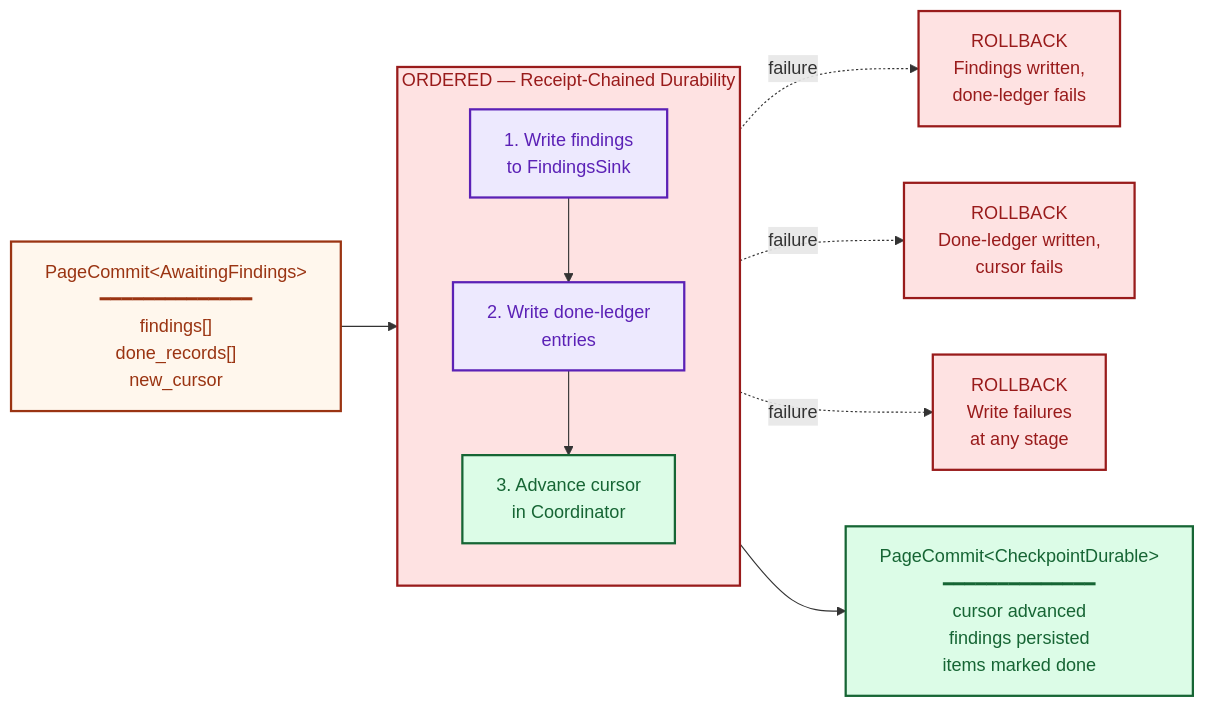
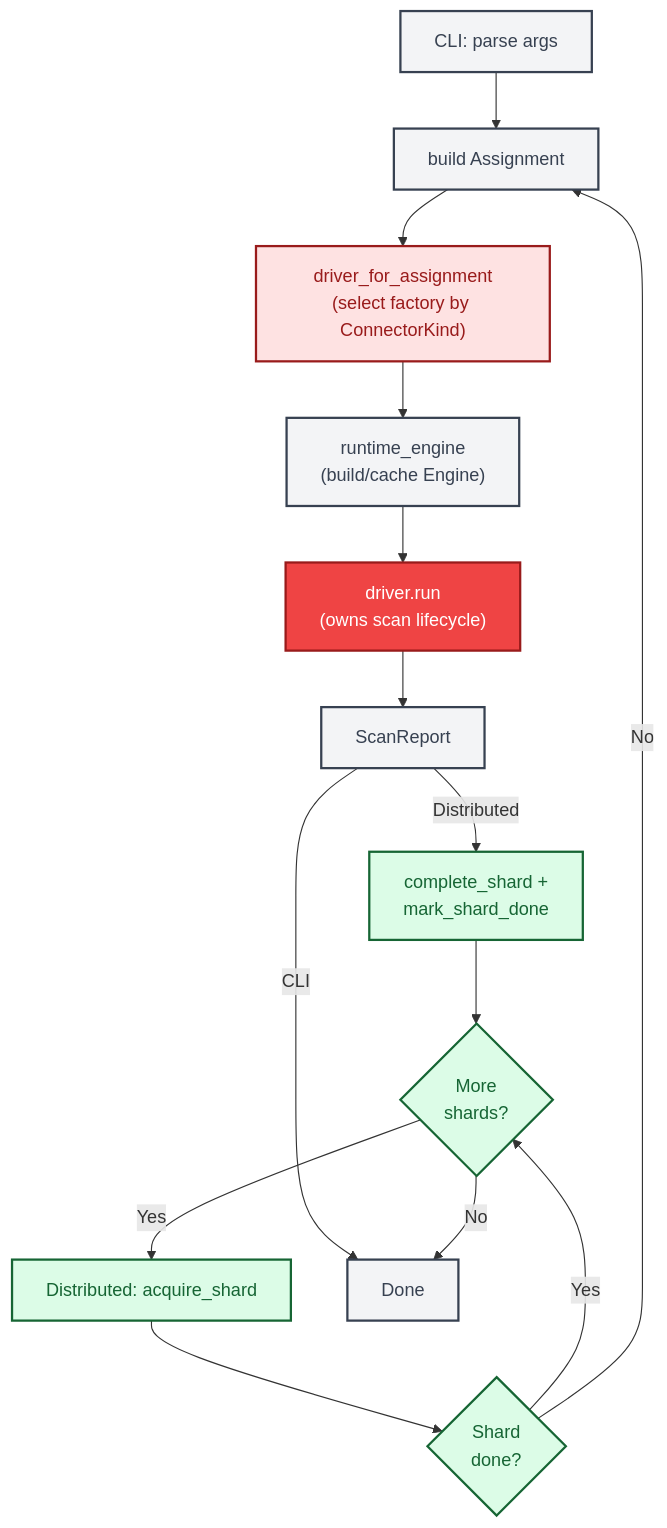
One commit to ahrav/Gossip-rs changed the fourth of 4 diagrams in diagrams/04-end-to-end-scan-flow.md. Above: the diagram before and after it, drawn with Mermaid. The commit also changed other lines of this file and 8 other files, not shown here.

First line of the commit message:
Refactor end-to-end scan flow doc to driver architecture

````diff
--- a/diagrams/04-end-to-end-scan-flow.md
+++ b/diagrams/04-end-to-end-scan-flow.md
@@ -269,36 +215,41 @@
 ```mermaid
-%% Diagram: atomic-commit-boundary
-graph LR
-    INPUT["PageCommit&lt;AwaitingFindings&gt;<br/>━━━━━━━━━━━━━━<br/>findings[]<br/>done_records[]<br/>new_cursor"]
+%% Diagram: simplified-scan-overview-flowchart
+graph TD
+    A["CLI: parse args"]
+    B["Distributed: acquire_shard"]
+    C{"Shard<br/>done?"}
+    D["build Assignment"]
+    E["driver_for_assignment<br/>(select factory by ConnectorKind)"]
+    F["runtime_engine<br/>(build/cache Engine)"]
+    G["driver.run<br/>(owns scan lifecycle)"]
+    H["ScanReport"]
+    I["complete_shard +<br/>mark_shard_done"]
+    J{"More<br/>shards?"}
+    K["Done"]
 
-    subgraph TX ["ORDERED — Receipt-Chained Durability"]
-        direction TB
-        S1["1. Write findings<br/>to FindingsSink"]
-        S2["2. Write done-ledger<br/>entries"]
-        S3["3. Advance cursor<br/>in Coordinator"]
-        S1 --> S2 --> S3
-    end
+    A --> D
+    B --> C
+    C -- "Yes" --> J
+    C -- "No" --> D
+    D --> E
+    E --> F
+    F --> G
+    G --> H
+    H -->|CLI| K
+    H -->|Distributed| I
+    I --> J
+    J -- "Yes" --> B
+    J -- "No" --> K
 
-    OUTPUT["PageCommit&lt;CheckpointDurable&gt;<br/>━━━━━━━━━━━━━━<br/>cursor advanced<br/>findings persisted<br/>items marked done"]
-
-    INPUT --> TX
-    TX --> OUTPUT
-
-    F1["ROLLBACK<br/>Findings written,<br/>done-ledger fails"]
-    F2["ROLLBACK<br/>Done-ledger written,<br/>cursor fails"]
-    F3["ROLLBACK<br/>Write failures<br/>at any stage"]
-
-    S1 -.->|"failure"| F1
-    S2 -.->|"failure"| F2
-    S3 -.->|"failure"| F3
-
-    style INPUT fill:#FFF7ED,stroke:#9A3412,stroke-width:2px,color:#9A3412
-    style OUTPUT fill:#DCFCE7,stroke:#166534,stroke-width:2px,color:#166534
-    style TX fill:#FEE2E2,stroke:#991B1B,stroke-width:2px,color:#991B1B
-    style S1 fill:#EDE9FE,stroke:#5B21B6,stroke-width:2px,color:#5B21B6
-    style S2 fill:#EDE9FE,stroke:#5B21B6,stroke-width:2px,color:#5B21B6
-    style S3 fill:#DCFCE7,stroke:#166534,stroke-width:2px,color:#166534
-    style F1 fill:#FEE2E2,stroke:#991B1B,stroke-width:2px,color:#991B1B
-    style F2 fill:#FEE2E2,stroke:#991B1B,stroke-width:2px,color:#991B1B
-    style F3 fill:#FEE2E2,stroke:#991B1B,stroke-width:2px,color:#991B1B
+    style A fill:#F3F4F6,stroke:#374151,stroke-width:2px,color:#374151
+    style B fill:#DCFCE7,stroke:#166534,stroke-width:2px,color:#166534
+    style C fill:#DCFCE7,stroke:#166534,stroke-width:2px,color:#166534
+    style D fill:#F3F4F6,stroke:#374151,stroke-width:2px,color:#374151
+    style E fill:#FEE2E2,stroke:#991B1B,stroke-width:2px,color:#991B1B
+    style F fill:#F3F4F6,stroke:#374151,stroke-width:2px,color:#374151
+    style G fill:#EF4444,stroke:#991B1B,stroke-width:2px,color:#FFFFFF
+    style H fill:#F3F4F6,stroke:#374151,stroke-width:2px,color:#374151
+    style I fill:#DCFCE7,stroke:#166534,stroke-width:2px,color:#166534
+    style J fill:#DCFCE7,stroke:#166534,stroke-width:2px,color:#166534
+    style K fill:#F3F4F6,stroke:#374151,stroke-width:2px,color:#374151
 ```
````
